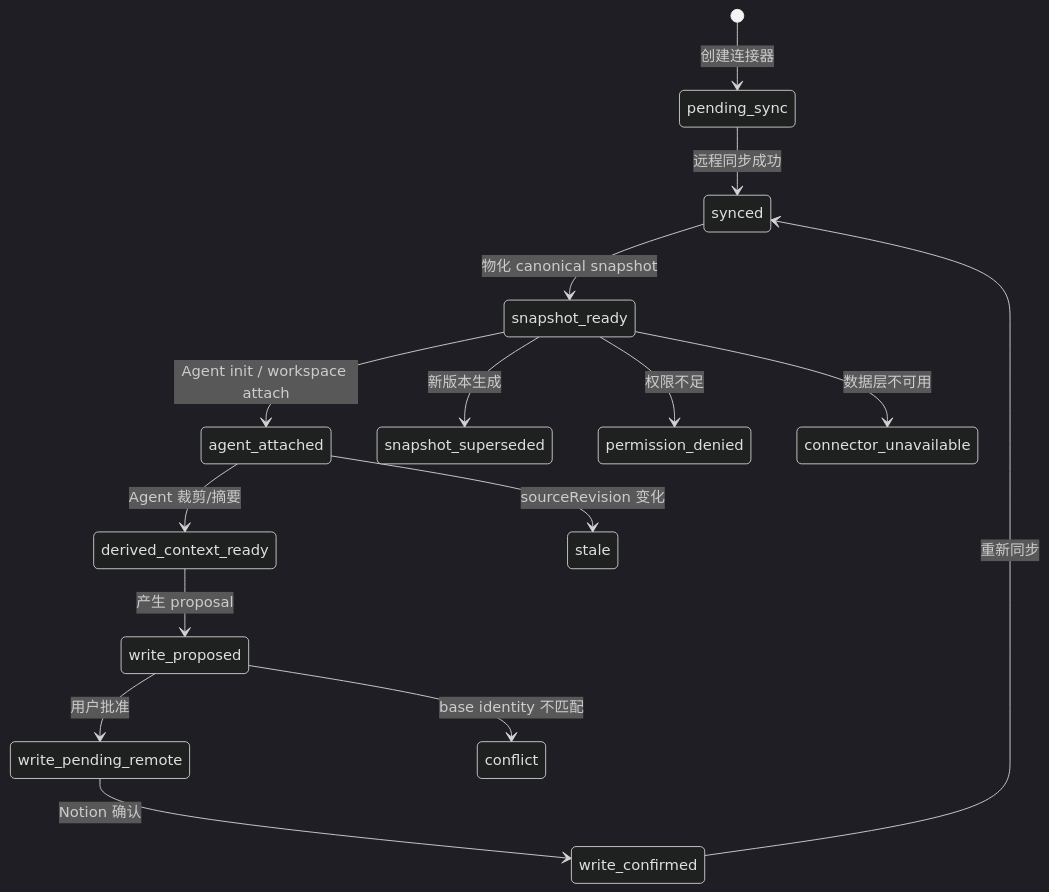
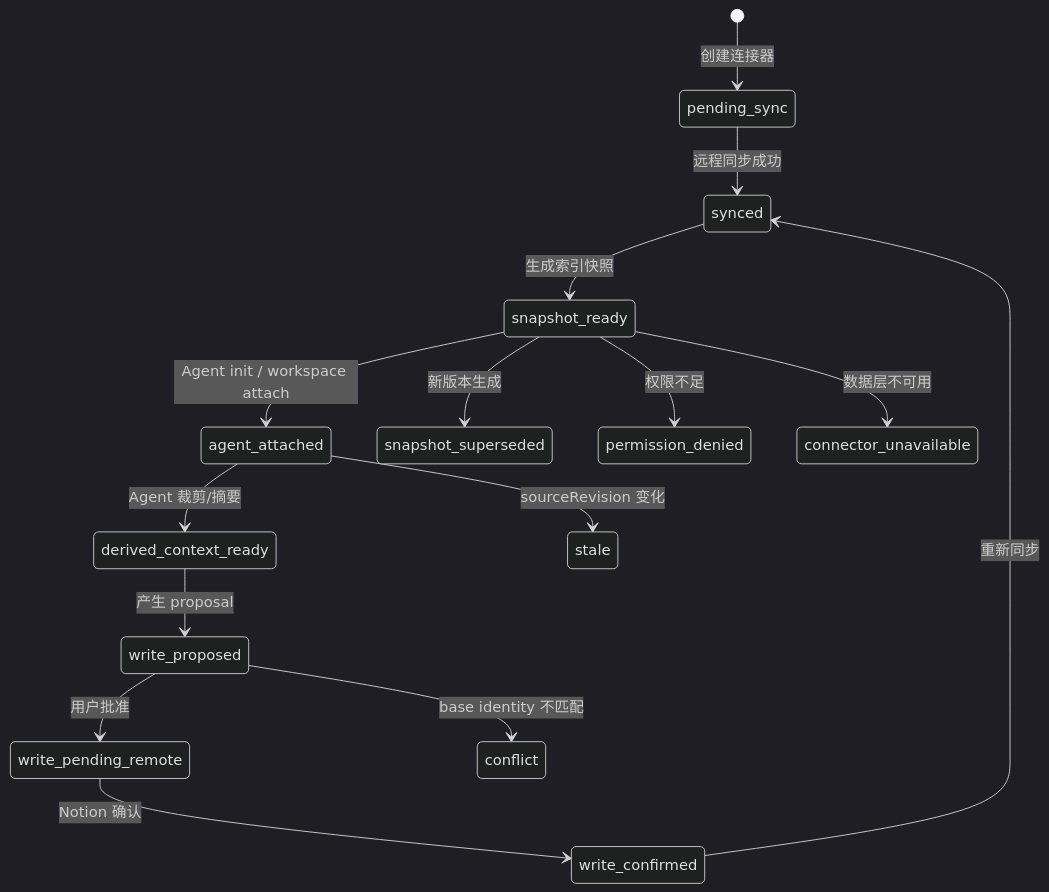
Diagram 17 of 18 in docs/design/claude-agent/notion-point/resource-connector-flowcharts.md (glide-the/im-dream), drawn with Mermaid (dark theme) before and after one commit. The commit also changed other lines of this file and 51 other files, not shown here.

````diff
--- a/docs/design/claude-agent/notion-point/resource-connector-flowcharts.md
+++ b/docs/design/claude-agent/notion-point/resource-connector-flowcharts.md
@@ -523,21 +523,21 @@
 ```mermaid
 stateDiagram-v2
     [*] --> pending_sync: 创建连接器
 
     pending_sync --> synced: 远程同步成功
-    synced --> snapshot_ready: 物化 canonical snapshot
+    synced --> snapshot_ready: 生成索引快照
     snapshot_ready --> agent_attached: Agent init / workspace attach
     agent_attached --> derived_context_ready: Agent 裁剪/摘要
 
     derived_context_ready --> write_proposed: 产生 proposal
     write_proposed --> write_pending_remote: 用户批准
     write_pending_remote --> write_confirmed: Notion 确认
     write_confirmed --> synced: 重新同步
 
     snapshot_ready --> snapshot_superseded: 新版本生成
     agent_attached --> stale: sourceRevision 变化
     write_proposed --> conflict: base identity 不匹配
 
     snapshot_ready --> permission_denied: 权限不足
     snapshot_ready --> connector_unavailable: 数据层不可用
 ```
````
